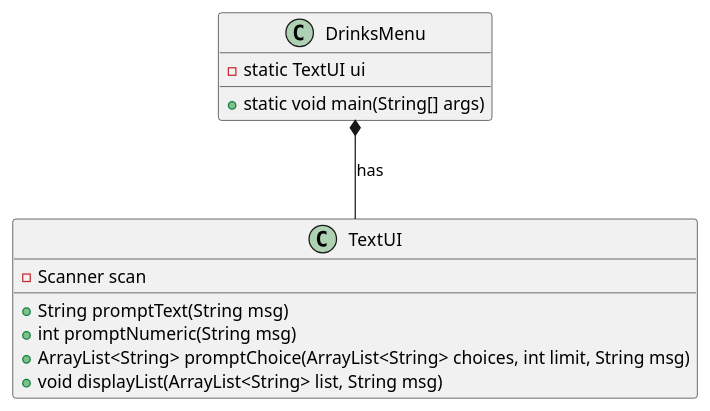
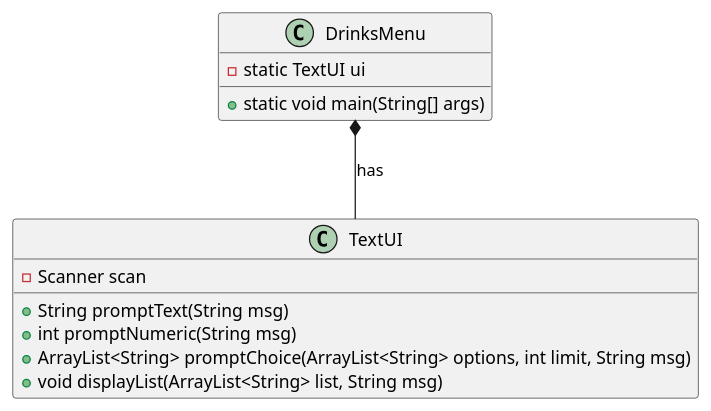
One commit to Eligoon/DrinksMenu changed the diagram in doc/TextUIclassdiagram.puml. Above: the diagram before and after it, drawn with PlantUML.

Commit message:
options parameter in promptChoice (and limit)

```diff
--- a/doc/TextUIclassdiagram.puml
+++ b/doc/TextUIclassdiagram.puml
@@ -1,20 +1,20 @@
 @startuml
 
 class TextUI {
 - Scanner scan
 ' shows a message and returns the user's input as a String
 + String promptText(String msg)
 ' shows a message and returns the user's input as an integer
 + int promptNumeric(String msg)
 ' shows the options, promts for choices until limit is reached, and returns the user's choices as a list
-+ ArrayList<String> promptChoice(ArrayList<String> choices, int limit, String msg)
++ ArrayList<String> promptChoice(ArrayList<String> options, int limit, String msg)
 ' shows a message and lists the content of a list
 + void displayList(ArrayList<String> list, String msg)
 }
 
 class DrinksMenu {
 - static TextUI ui
 + static void main(String[] args)
 }
 DrinksMenu *-- TextUI: has
-@endumluml
+@enduml
```
